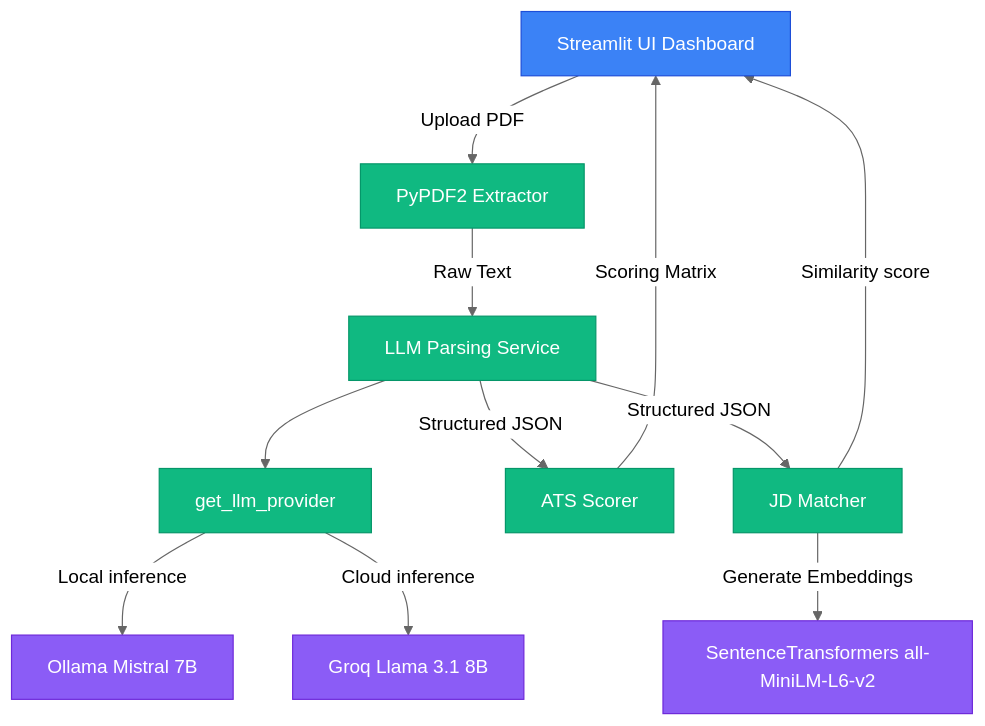
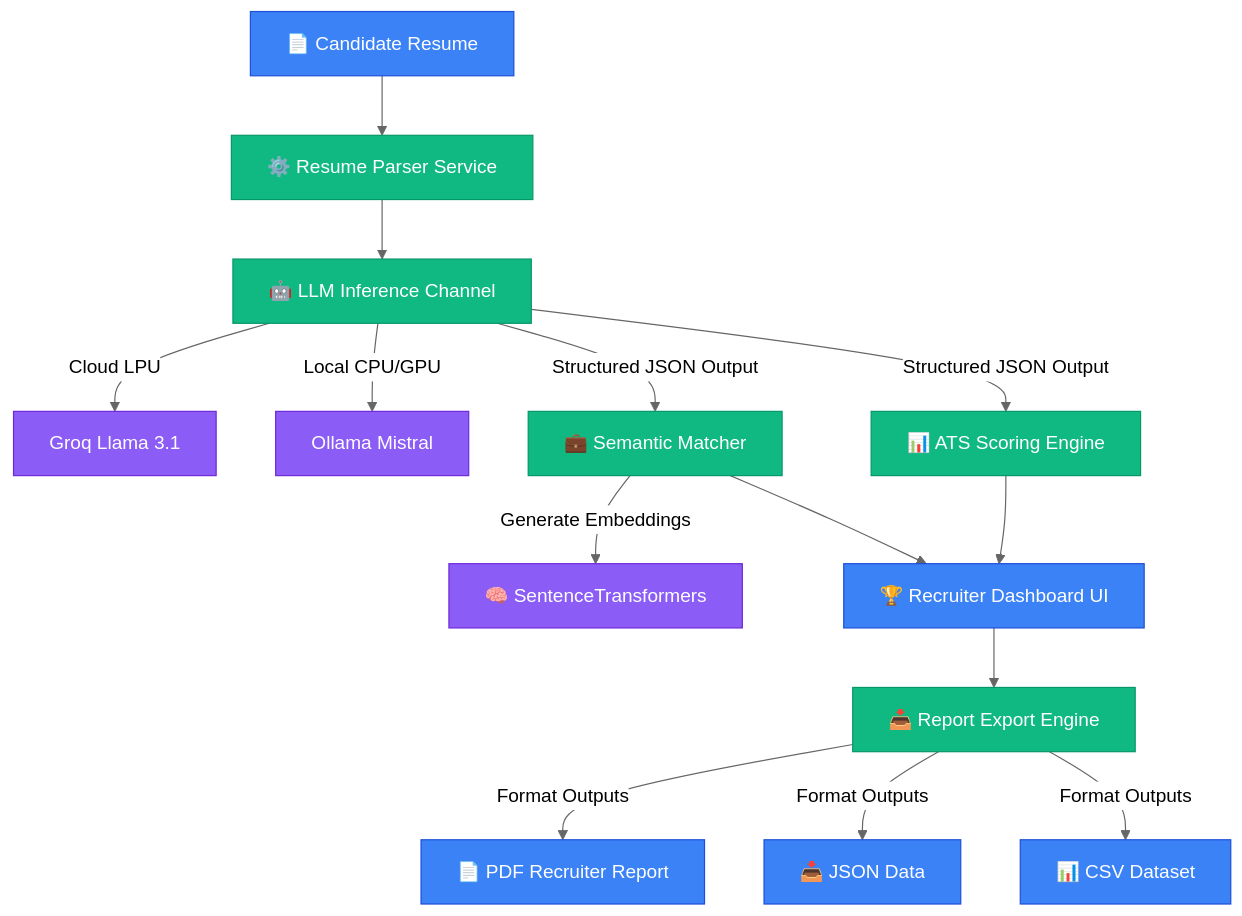
Before and after one commit to kritika038/resume-parser-llm: the diagram in README.md, drawn with Mermaid (neutral theme). The commit also changed other lines of this file and 1 other file, not shown here.

````diff
--- a/README.md
+++ b/README.md
@@ -98,27 +126,25 @@
 ```mermaid
 graph TD
     classDef client fill:#3B82F6,stroke:#1D4ED8,color:#fff
     classDef logic fill:#10B981,stroke:#059669,color:#fff
     classDef model fill:#8B5CF6,stroke:#6D28D9,color:#fff
     
-    UI[Streamlit UI Dashboard]:::client
-    PDF[PyPDF2 Extractor]:::logic
-    Parser[LLM Parsing Service]:::logic
-    LLM[get_llm_provider]:::logic
-    Ollama[Ollama Mistral 7B]:::model
-    Groq[Groq Llama 3.1 8B]:::model
-    ATS[ATS Scorer]:::logic
-    Matcher[JD Matcher]:::logic
-    Embed[SentenceTransformers all-MiniLM-L6-v2]:::model
+    Resume[📄 Candidate Resume]:::client --> Parser[⚙️ Resume Parser Service]:::logic
+    Parser --> LLM[🤖 LLM Inference Channel]:::logic
     
-    UI -->|Upload PDF| PDF
-    PDF -->|Raw Text| Parser
-    Parser --> LLM
-    LLM -->|Local inference| Ollama
-    LLM -->|Cloud inference| Groq
-    Parser -->|Structured JSON| ATS
-    Parser -->|Structured JSON| Matcher
-    Matcher -->|Generate Embeddings| Embed
-    ATS -->|Scoring Matrix| UI
-    Matcher -->|Similarity score| UI
+    LLM -->|Cloud LPU| Groq[Groq Llama 3.1]:::model
+    LLM -->|Local CPU/GPU| Ollama[Ollama Mistral]:::model
+    
+    LLM -->|Structured JSON Output| ATS[📊 ATS Scoring Engine]:::logic
+    LLM -->|Structured JSON Output| Semantic[💼 Semantic Matcher]:::logic
+    
+    Semantic -->|Generate Embeddings| Embedding[🧠 SentenceTransformers]:::model
+    
+    ATS --> Dashboard[🏆 Recruiter Dashboard UI]:::client
+    Semantic --> Dashboard
+    
+    Dashboard --> Export[📥 Report Export Engine]:::logic
+    Export -->|Format Outputs| PDF[📄 PDF Recruiter Report]:::client
+    Export -->|Format Outputs| JSON[📥 JSON Data]:::client
+    Export -->|Format Outputs| CSV[📊 CSV Dataset]:::client
 ```
````
